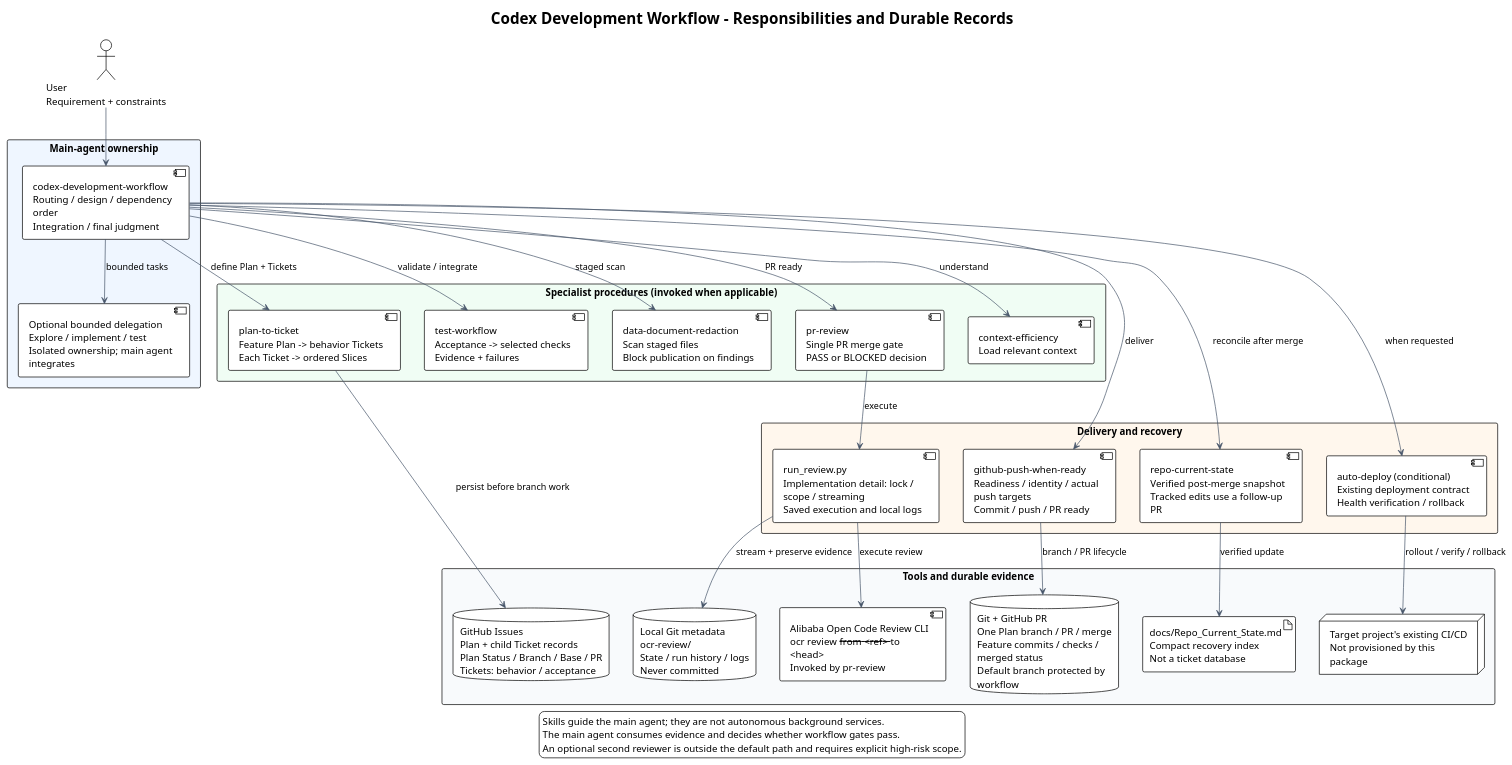
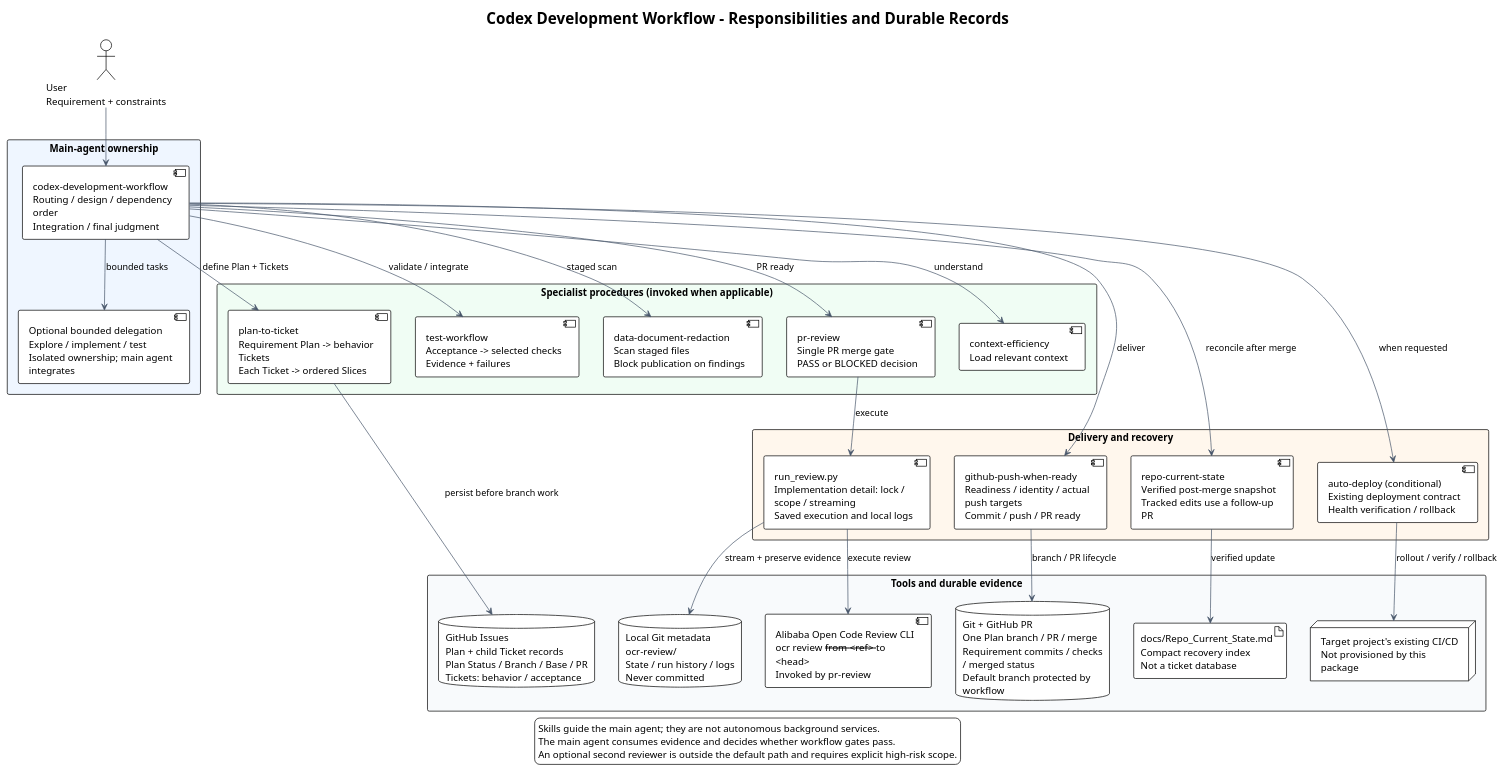
One commit to i-zrhe2016/codex-development-workflow changed the diagram in docs/diagrams/components.puml. Above: the diagram before and after it, drawn with PlantUML. The commit also changed 22 other files, not shown here.

Commit message:
docs(workflow): require a plan for every requirement

```diff
--- a/docs/diagrams/components.puml
+++ b/docs/diagrams/components.puml
@@ -1,60 +1,60 @@
 @startuml
 !theme plain
 top to bottom direction
 skinparam defaultFontName Arial
 skinparam shadowing false
 skinparam packageStyle rectangle
 skinparam wrapWidth 210
 skinparam ArrowColor #475569
 title Codex Development Workflow - Responsibilities and Durable Records
 
 actor "User\nRequirement + constraints" as user
 package "Main-agent ownership" #EFF6FF {
   component "codex-development-workflow\nRouting / design / dependency order\nIntegration / final judgment" as main
   component "Optional bounded delegation\nExplore / implement / test\nIsolated ownership; main agent integrates" as delegates
 }
 package "Specialist procedures (invoked when applicable)" #F0FDF4 {
   component "context-efficiency\nLoad relevant context" as context
-  component "plan-to-ticket\nFeature Plan -> behavior Tickets\nEach Ticket -> ordered Slices" as plan
+  component "plan-to-ticket\nRequirement Plan -> behavior Tickets\nEach Ticket -> ordered Slices" as plan
   component "test-workflow\nAcceptance -> selected checks\nEvidence + failures" as tests
   component "data-document-redaction\nScan staged files\nBlock publication on findings" as redact
   component "pr-review\nSingle PR merge gate\nPASS or BLOCKED decision" as review
 }
 package "Delivery and recovery" #FFF7ED {
   component "github-push-when-ready\nReadiness / identity / actual push targets\nCommit / push / PR ready" as publish
   component "run_review.py\nImplementation detail: lock / scope / streaming\nSaved execution and local logs" as runner
   component "repo-current-state\nVerified post-merge snapshot\nTracked edits use a follow-up PR" as state
   component "auto-deploy (conditional)\nExisting deployment contract\nHealth verification / rollback" as deploy
 }
 package "Tools and durable evidence" #F8FAFC {
   database "GitHub Issues\nPlan + child Ticket records\nPlan Status / Branch / Base / PR\nTickets: behavior / acceptance" as issues
-  database "Git + GitHub PR\nOne Plan branch / PR / merge\nFeature commits / checks / merged status\nDefault branch protected by workflow" as github
+  database "Git + GitHub PR\nOne Plan branch / PR / merge\nRequirement commits / checks / merged status\nDefault branch protected by workflow" as github
   component "Alibaba Open Code Review CLI\nocr review --from <ref> --to <head>\nInvoked by pr-review" as cli
   database "Local Git metadata\nocr-review/\nState / run history / logs\nNever committed" as logs
   artifact "docs/Repo_Current_State.md\nCompact recovery index\nNot a ticket database" as snapshot
   node "Target project's existing CI/CD\nNot provisioned by this package" as cicd
 }
 
 user --> main
 main --> delegates : bounded tasks
 main --> context : understand
 main --> plan : define Plan + Tickets
 main --> tests : validate / integrate
 main --> redact : staged scan
 main --> publish : deliver
 main --> review : PR ready
 main --> state : reconcile after merge
 main --> deploy : when requested
 plan --> issues : persist before branch work
 publish --> github : branch / PR lifecycle
 review --> runner : execute
 runner --> cli : execute review
 runner --> logs : stream + preserve evidence
 state --> snapshot : verified update
 deploy --> cicd : rollout / verify / rollback
 legend bottom
 Skills guide the main agent; they are not autonomous background services.
 The main agent consumes evidence and decides whether workflow gates pass.
 An optional second reviewer is outside the default path and requires explicit high-risk scope.
 endlegend
 @enduml
```
